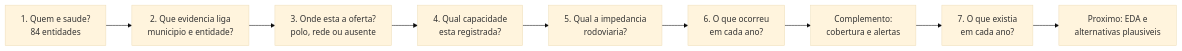
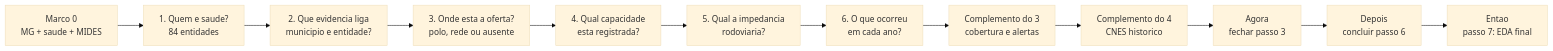
The first of 4 diagrams in analises/modelo_gravitacional_saude/LINHA_DO_TEMPO_PASSOS.md (driano1221/consorcios-mg-dados-territorio), drawn with Mermaid (base theme) before and after one commit. The commit also changed other lines of this file and 1 other file, not shown here.

````diff
--- a/analises/modelo_gravitacional_saude/LINHA_DO_TEMPO_PASSOS.md
+++ b/analises/modelo_gravitacional_saude/LINHA_DO_TEMPO_PASSOS.md
@@ -8,11 +8,14 @@
 ```mermaid
 flowchart LR
-  P1["1. Quem e saude?<br/>84 entidades"] --> P2["2. Que evidencia liga<br/>municipio e entidade?"]
+  P0["Marco 0<br/>MG + saude + MIDES"] --> P1["1. Quem e saude?<br/>84 entidades"]
+  P1 --> P2["2. Que evidencia liga<br/>municipio e entidade?"]
   P2 --> P3["3. Onde esta a oferta?<br/>polo, rede ou ausente"]
   P3 --> P4["4. Qual capacidade<br/>esta registrada?"]
   P4 --> P5["5. Qual a impedancia<br/>rodoviaria?"]
   P5 --> P6["6. O que ocorreu<br/>em cada ano?"]
-  P6 --> PC["Complemento:<br/>cobertura e alertas"]
-  PC --> P7["7. O que existia<br/>em cada ano?"]
-  P7 --> P8["Proximo: EDA e<br/>alternativas plausiveis"]
+  P6 --> C3["Complemento do 3<br/>cobertura e alertas"]
+  C3 --> C4["Complemento do 4<br/>CNES historico"]
+  C4 --> N3["Agora<br/>fechar passo 3"]
+  N3 --> N6["Depois<br/>concluir passo 6"]
+  N6 --> N7["Entao<br/>passo 7: EDA final"]
 ```
````
